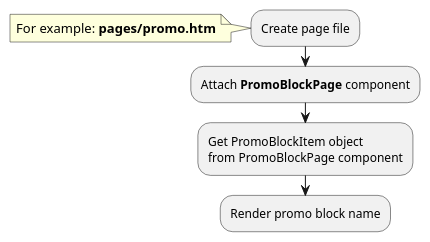
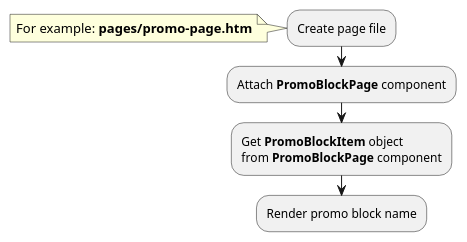
The first of 3 diagrams in modules/promo-block/examples.md (oc-shopaholic/oc-shopaholic-docs), drawn with PlantUML before and after one commit. The commit also changed other lines of this file and 7 other files, not shown here.

Commit message:
Added description to price and price type sections, refactoring promo block section

````diff
--- a/modules/promo-block/examples.md
+++ b/modules/promo-block/examples.md
@@ -21,12 +21,12 @@
 ```plantuml
 @startuml
 :Create page file;
 note left
-    For example: **pages/promo.htm**
+    For example: **pages/promo-page.htm**
 end note
 :Attach **PromoBlockPage** component;
-:Get PromoBlockItem object
-from PromoBlockPage component;
+:Get **PromoBlockItem** object
+from **PromoBlockPage** component;
 :Render promo block name;
 @enduml
 ```
````
